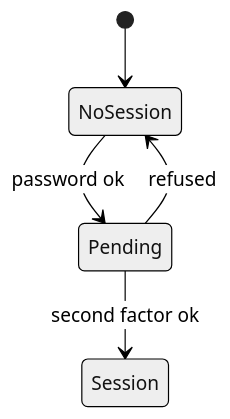
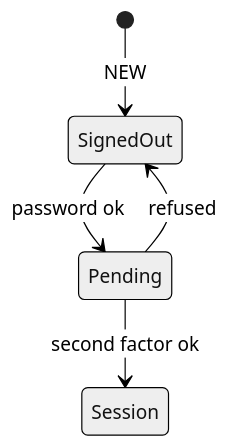
The third of 4 diagrams in openspec/changes/mfa/design.md (OpenDustpan/OpenDustpan), drawn with Mermaid (neutral theme) before and after one commit. The commit also changed 69 other files, not shown here.

````diff
--- a/openspec/changes/mfa/design.md
+++ b/openspec/changes/mfa/design.md
@@ -57,7 +57,7 @@
 ```mermaid
 stateDiagram-v2
- [*] --> NoSession
- NoSession --> Pending: password ok
+ [*] --> SignedOut: NEW
+ SignedOut --> Pending: password ok
  Pending --> Session: second factor ok
- Pending --> NoSession: refused
+ Pending --> SignedOut: refused
 ```
````
